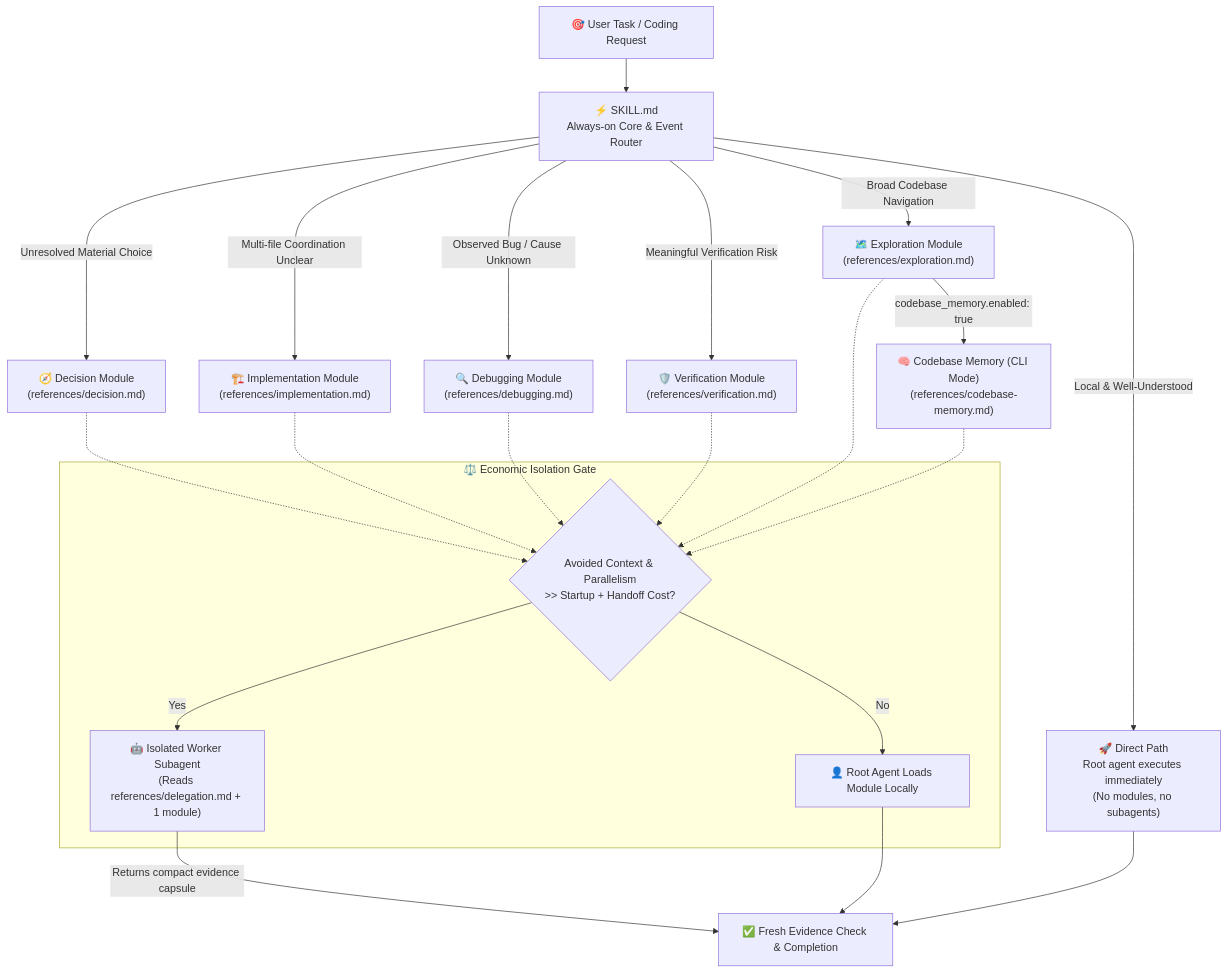
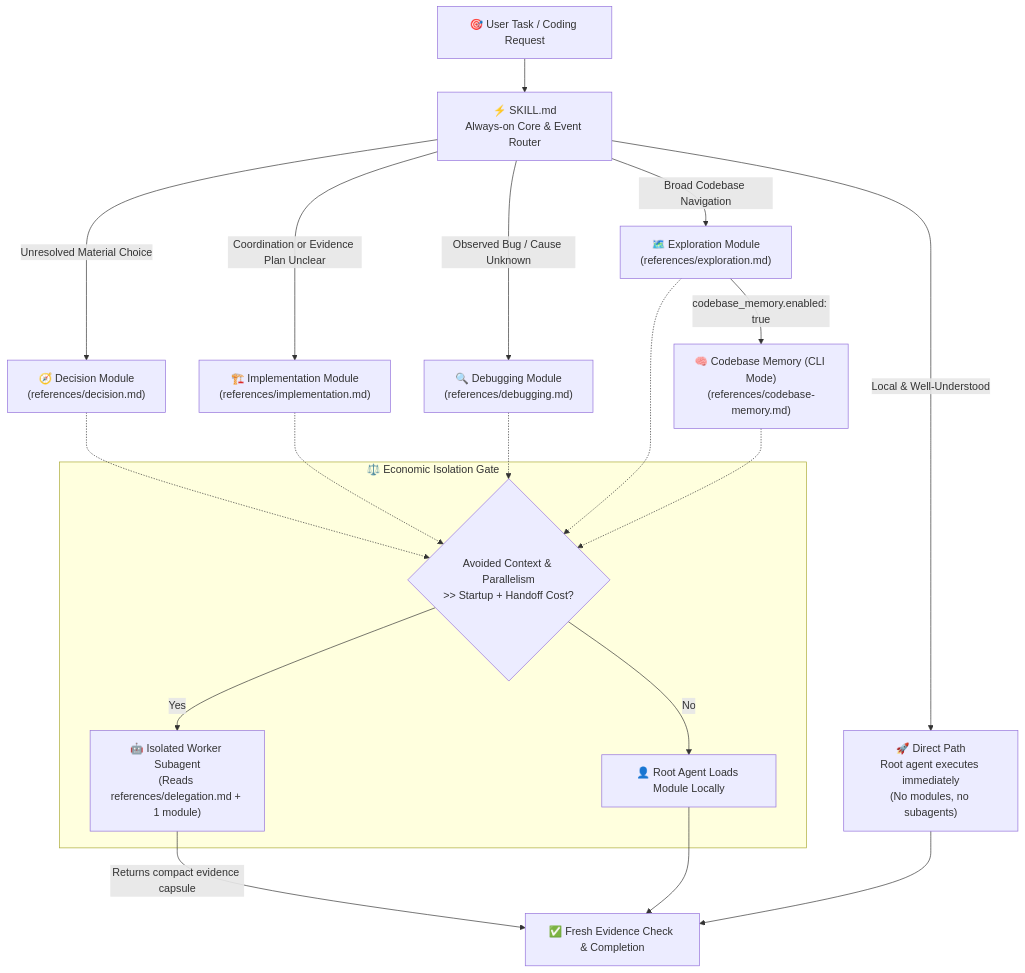
The diagram in README.md (Hubujiu/practical-coding), drawn with Mermaid before and after one commit. The commit also changed other lines of this file and 18 other files, not shown here.

First line of the commit message:
Add v2.0 routing modes and fold Verification into Implementation.

````diff
--- a/README.md
+++ b/README.md
@@ -104,30 +106,28 @@
 ```mermaid
 flowchart TB
     Task["🎯 User Task / Coding Request"] --> Core["⚡ SKILL.md<br/>Always-on Core & Event Router"]
 
     Core -->|"Local & Well-Understood"| Direct["🚀 Direct Path<br/>Root agent executes immediately<br/>(No modules, no subagents)"]
     
     Core -->|"Unresolved Material Choice"| D["🧭 Decision Module<br/>(references/decision.md)"]
-    Core -->|"Multi-file Coordination Unclear"| I["🏗️ Implementation Module<br/>(references/implementation.md)"]
+    Core -->|"Coordination or Evidence Plan Unclear"| I["🏗️ Implementation Module<br/>(references/implementation.md)"]
     Core -->|"Observed Bug / Cause Unknown"| G["🔍 Debugging Module<br/>(references/debugging.md)"]
-    Core -->|"Meaningful Verification Risk"| V["🛡️ Verification Module<br/>(references/verification.md)"]
     Core -->|"Broad Codebase Navigation"| E["🗺️ Exploration Module<br/>(references/exploration.md)"]
     E -->|"codebase_memory.enabled: true"| M["🧠 Codebase Memory (CLI Mode)<br/>(references/codebase-memory.md)"]
 
     subgraph IsolationGate["⚖️ Economic Isolation Gate"]
         IG{"Avoided Context & Parallelism<br/>>> Startup + Handoff Cost?"}
         IG -->|"Yes"| Worker["🤖 Isolated Worker Subagent<br/>(Reads references/delegation.md + 1 module)"]
         IG -->|"No"| RootExec["👤 Root Agent Loads Module Locally"]
     end
 
     D -.-> IG
     I -.-> IG
     G -.-> IG
-    V -.-> IG
     E -.-> IG
     M -.-> IG
 
     Worker -->|"Returns compact evidence capsule"| Done["✅ Fresh Evidence Check & Completion"]
     RootExec --> Done
     Direct --> Done
 ```
````
